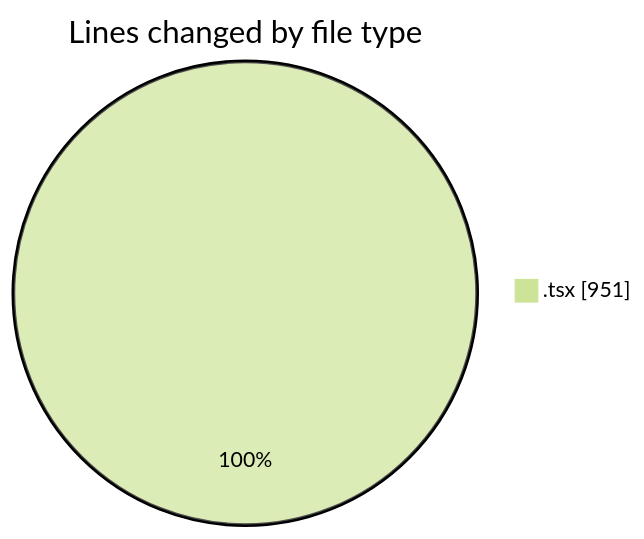
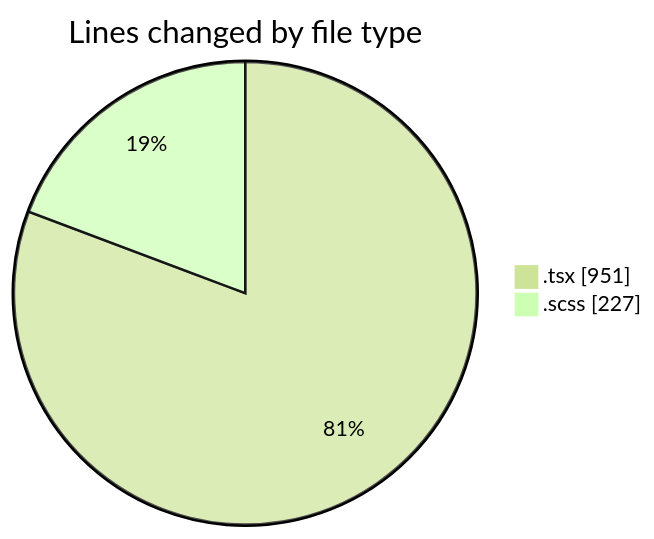
One commit to momahboobian/code-tracking changed the first of 2 diagrams in 2025-07-03/cda/README.md. Above: the diagram before and after it, drawn with Mermaid (forest theme). The commit also changed other lines of this file and 1 other file, not shown here.

````diff
--- a/2025-07-03/cda/README.md
+++ b/2025-07-03/cda/README.md
@@ -22,5 +25,6 @@
 ```mermaid
 pie showData
 title Lines changed by file type
 ".tsx" : 951
+".scss" : 227
 ```
````
